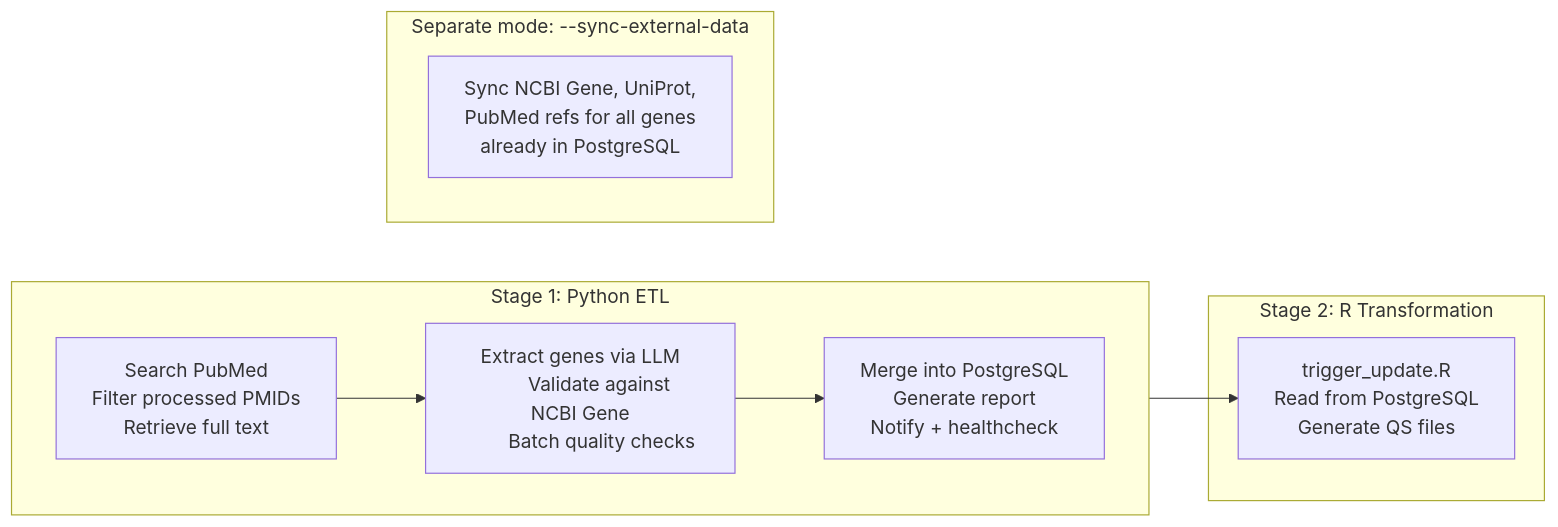
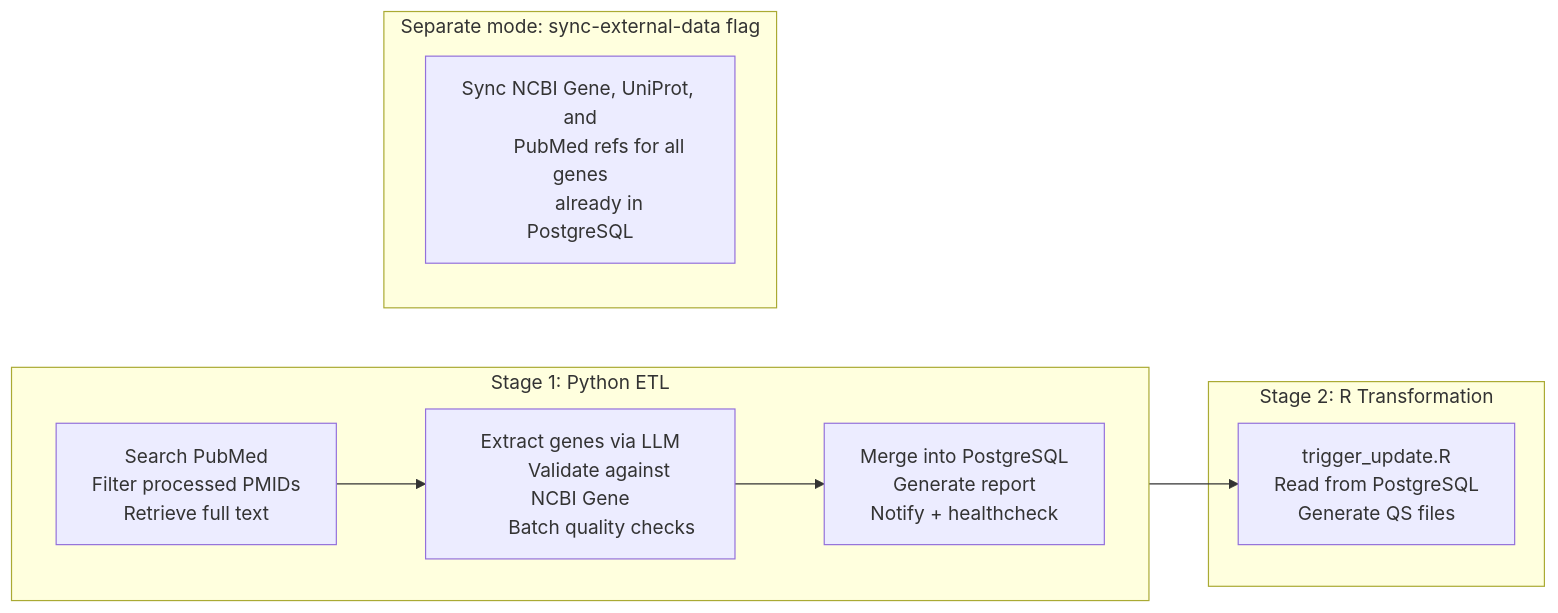
Before and after one commit to mathieubpoiriericm/icm-dashboard: the diagram in README.md, drawn with Mermaid.

Commit message:
Minor fix

````diff
--- a/README.md
+++ b/README.md
@@ -602,27 +602,27 @@
 ```mermaid
 flowchart LR
     subgraph stage1["Stage 1: Python ETL"]
         direction LR
         A["Search PubMed
         Filter processed PMIDs
         Retrieve full text"] --> B["Extract genes via LLM
         Validate against NCBI Gene
         Batch quality checks"] --> C["Merge into PostgreSQL
         Generate report
         Notify + healthcheck"]
     end
 
     subgraph stage2["Stage 2: R Transformation"]
         D["trigger_update.R
         Read from PostgreSQL
         Generate QS files"]
     end
 
     C --> D
 
-    subgraph sync["Separate mode: --sync-external-data"]
-        E["Sync NCBI Gene, UniProt,
+    subgraph sync["Separate mode: sync-external-data flag"]
+        E["Sync NCBI Gene, UniProt, and
         PubMed refs for all genes
         already in PostgreSQL"]
     end
 ```
````
